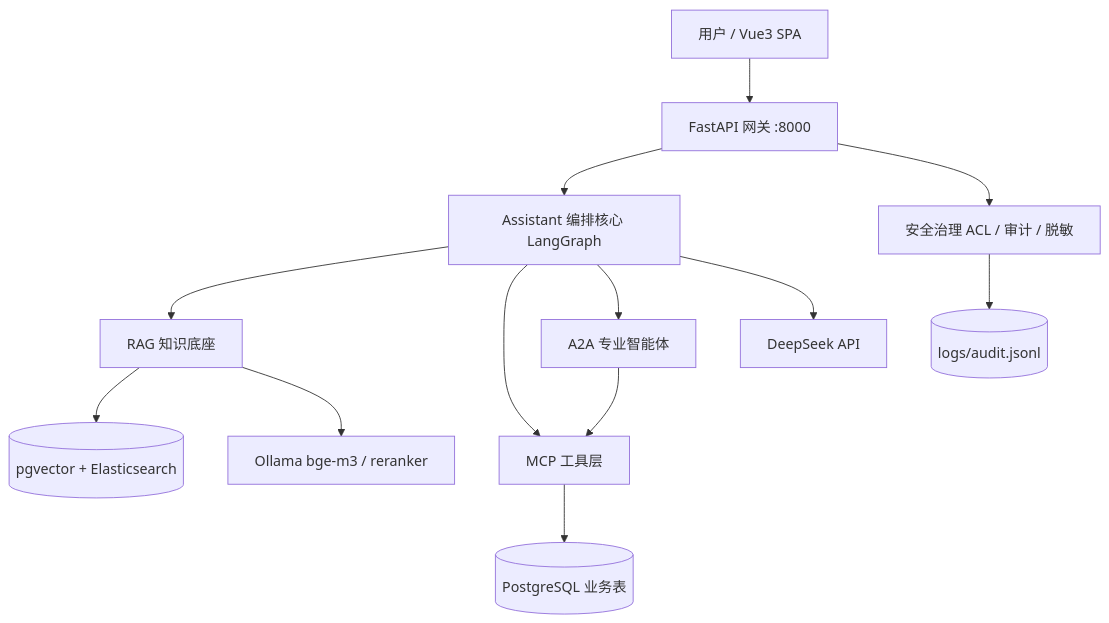
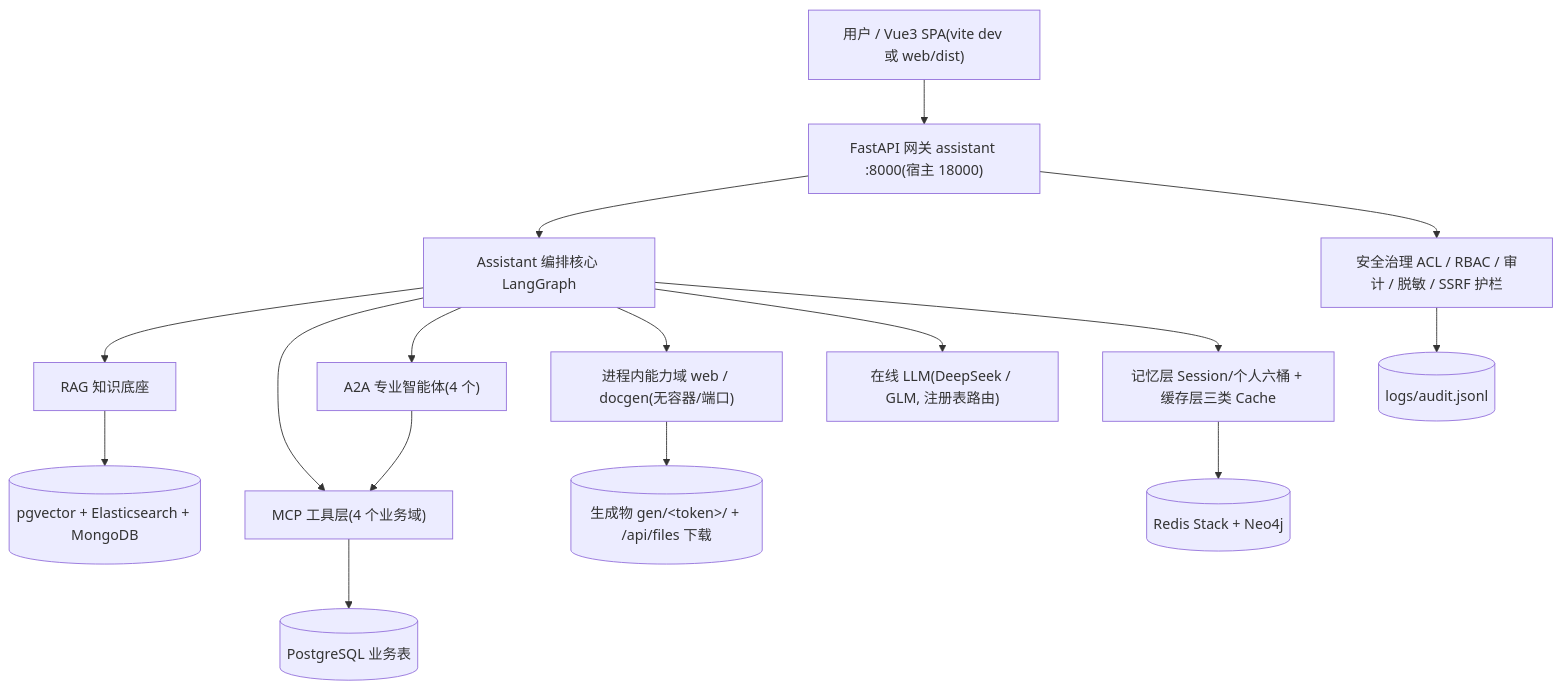
One commit to kob01/multi_mxi changed the first of 2 diagrams in .qoder/repowiki/zh/content/项目总体架构.md. Above: the diagram before and after it, drawn with Mermaid. The commit also changed other lines of this file and 84 other files, not shown here.

````diff
--- a/.qoder/repowiki/zh/content/项目总体架构.md
+++ b/.qoder/repowiki/zh/content/项目总体架构.md
@@ -33,15 +41,18 @@
 ```mermaid
 graph TB
-    U["用户 / Vue3 SPA"] --> GW["FastAPI 网关 :8000"]
+    U["用户 / Vue3 SPA(vite dev 或 web/dist)"] --> GW["FastAPI 网关 assistant :8000(宿主 18000)"]
     GW --> ORCH["Assistant 编排核心 LangGraph"]
     ORCH --> R1["RAG 知识底座"]
-    ORCH --> R2["MCP 工具层"]
-    ORCH --> R3["A2A 专业智能体"]
+    ORCH --> R2["MCP 工具层(4 个业务域)"]
+    ORCH --> R3["A2A 专业智能体(4 个)"]
+    ORCH --> R4["进程内能力域 web / docgen(无容器/端口)"]
     R2 --> BIZ[("PostgreSQL 业务表")]
     R3 --> R2
-    R1 --> VDB[("pgvector + Elasticsearch")]
-    ORCH --> LLM["DeepSeek API"]
-    R1 --> OLLAMA["Ollama bge-m3 / reranker"]
-    GW --> SEC["安全治理 ACL / 审计 / 脱敏"]
+    R1 --> VDB[("pgvector + Elasticsearch + MongoDB")]
+    R4 --> FILES[("生成物 gen/&lt;token&gt;/ + /api/files 下载")]
+    ORCH --> LLM["在线 LLM(DeepSeek / GLM, 注册表路由)"]
+    ORCH --> MEM["记忆层 Session/个人六桶 + 缓存层三类 Cache"]
+    MEM --> REDIS[("Redis Stack + Neo4j")]
+    GW --> SEC["安全治理 ACL / RBAC / 审计 / 脱敏 / SSRF 护栏"]
     SEC --> LOG[("logs/audit.jsonl")]
 ```
````
